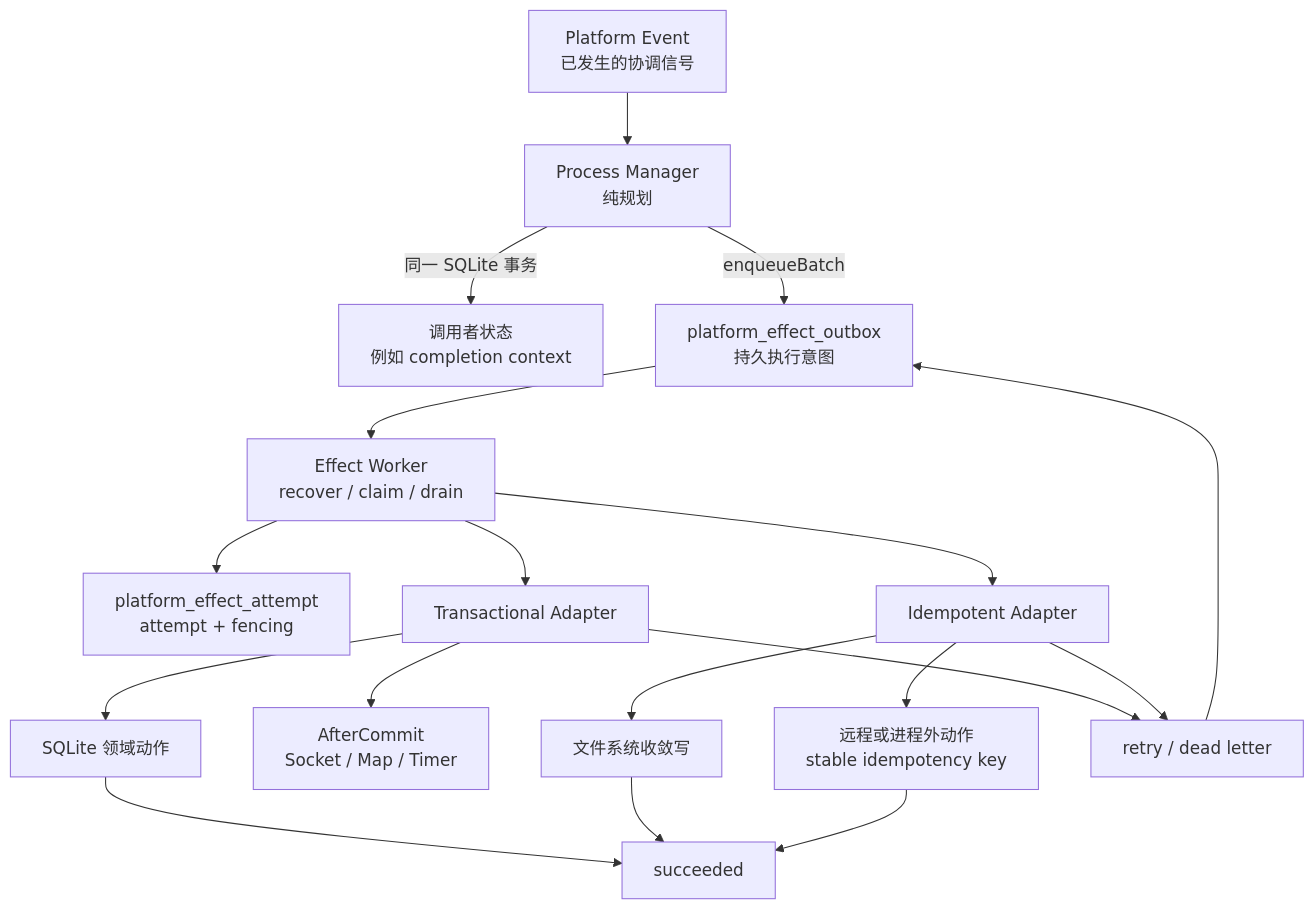
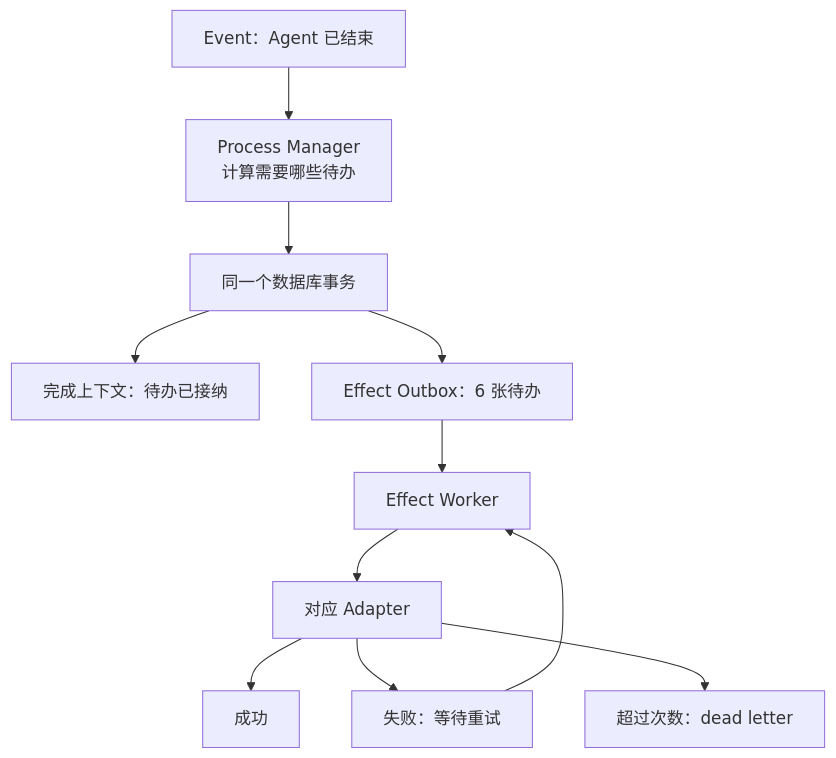
Before and after one commit to changhuaqiu/agent-task-team: the first of 2 diagrams in docs/technical/execution/durable-effect-outbox.md, drawn with Mermaid. The commit also changed other lines of this file, not shown here.

Commit message:
docs(runtime): simplify effect outbox design

````diff
--- a/docs/technical/execution/durable-effect-outbox.md
+++ b/docs/technical/execution/durable-effect-outbox.md
@@ -148,27 +158,13 @@
 ```mermaid
 flowchart TB
-  PE["Platform Event<br/>已发生的协调信号"] --> PM["Process Manager<br/>纯规划"]
-
-  PM -->|"同一 SQLite 事务"| CS["调用者状态<br/>例如 completion context"]
-  PM -->|"enqueueBatch"| EO["platform_effect_outbox<br/>持久执行意图"]
-
-  EO --> EW["Effect Worker<br/>recover / claim / drain"]
-  EW --> AT["platform_effect_attempt<br/>attempt + fencing"]
-
-  EW --> TX["Transactional Adapter"]
-  EW --> ID["Idempotent Adapter"]
-
-  TX --> DB["SQLite 领域动作"]
-  TX --> AC["AfterCommit<br/>Socket / Map / Timer"]
-
-  ID --> FS["文件系统收敛写"]
-  ID --> EXT["远程或进程外动作<br/>stable idempotency key"]
-
-  DB --> OK["succeeded"]
-  FS --> OK
-  EXT --> OK
-
-  TX --> RETRY["retry / dead letter"]
-  ID --> RETRY
-  RETRY --> EO
+  E["Event：Agent 已结束"] --> PM["Process Manager<br/>计算需要哪些待办"]
+  PM --> TX["同一个数据库事务"]
+  TX --> C["完成上下文：待办已接纳"]
+  TX --> O["Effect Outbox：6 张待办"]
+  O --> W["Effect Worker"]
+  W --> A["对应 Adapter"]
+  A --> S["成功"]
+  A --> R["失败：等待重试"]
+  R --> W
+  A --> D["超过次数：dead letter"]
 ```
````
